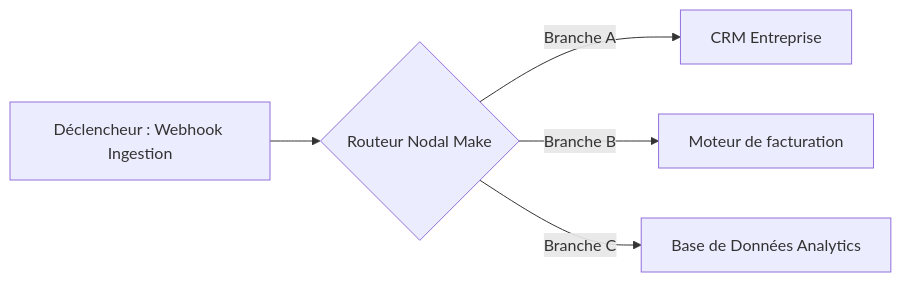
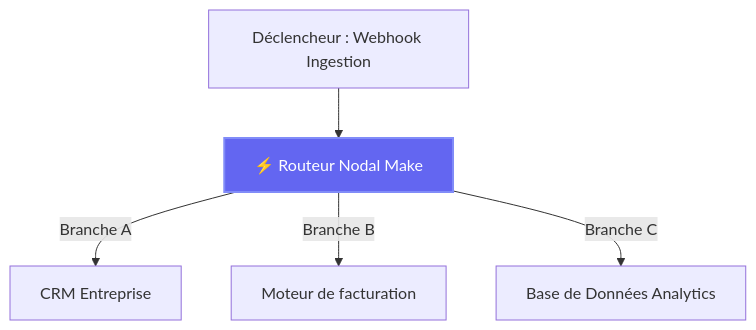
Before and after one commit to heliatech-media/saas-radar: the second of 2 diagrams in site/src/content/blog/make-vs-zapier-fr.md, drawn with Mermaid. The commit also changed 26 other files, not shown here.

````diff
--- a/site/src/content/blog/make-vs-zapier-fr.md
+++ b/site/src/content/blog/make-vs-zapier-fr.md
@@ -80,7 +80,8 @@
 ```mermaid
-flowchart LR
-    A[Déclencheur : Webhook Ingestion] --> B{Routeur Nodal Make}
-    B -->|Branche A| C[CRM Entreprise]
-    B -->|Branche B| D[Moteur de facturation]
-    B -->|Branche C| E[Base de Données Analytics]
+flowchart TD
+    A["Déclencheur : Webhook Ingestion"] --> B["⚡ Routeur Nodal Make"]
+    B -->|Branche A| C["CRM Entreprise"]
+    B -->|Branche B| D["Moteur de facturation"]
+    B -->|Branche C| E["Base de Données Analytics"]
+    style B fill:#6366f1,stroke:#818cf8,stroke-width:2px,color:#ffffff
 ```
````
